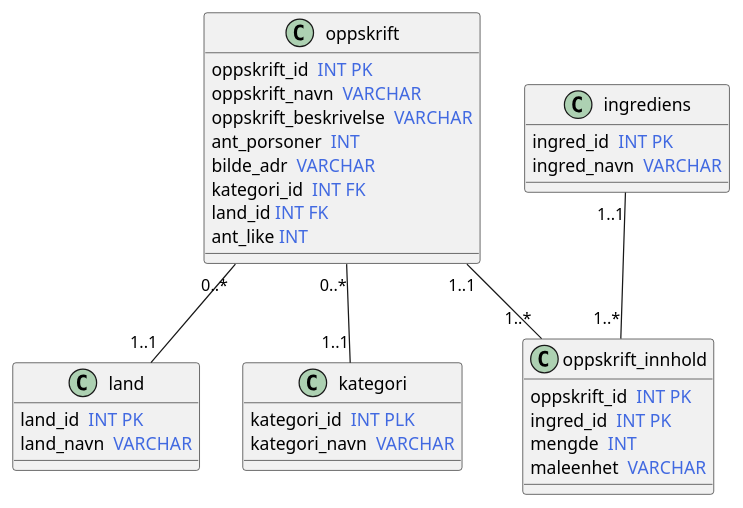
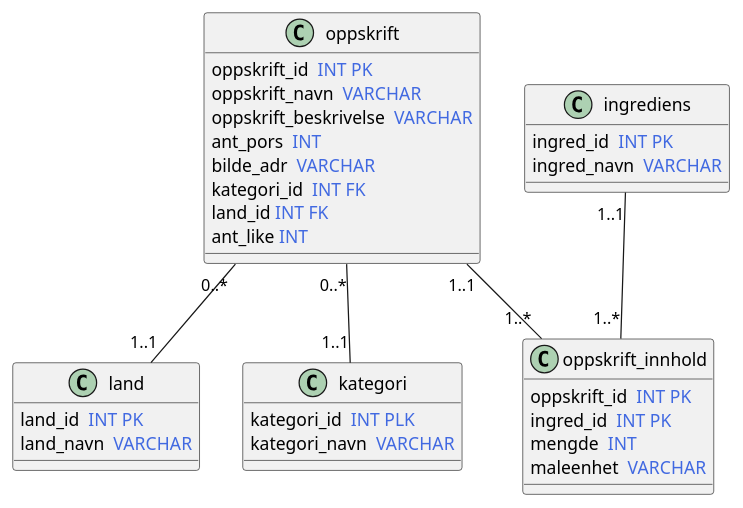
One commit to pettern11/matprat changed the diagram in databaseER.wsd. Above: the diagram before and after it, drawn with PlantUML. The commit also changed 14 other files, not shown here.

```diff
--- a/databaseER.wsd
+++ b/databaseER.wsd
@@ -1,41 +1,41 @@
 @startuml err
 
 Class oppskrift {
     oppskrift_id <color:royalBlue> INT PK 
     oppskrift_navn <color:royalBlue> VARCHAR
     oppskrift_beskrivelse <color:royalBlue> VARCHAR
-    ant_porsoner <color:royalBlue> INT
-    bilde_adr <color:royalBlue> VARCHAR
+    ant_pors <color:royalBlue> INT
+    bilde_adr <color:royalBlue> VARCHAR 
     kategori_id <color:royalBlue> INT FK
     land_id <color:royalBlue>INT FK
     ant_like <color:royalBlue>INT
 
 }
 
 Class ingrediens{
     ingred_id <color:royalBlue> INT PK
     ingred_navn <color:royalBlue> VARCHAR
 }
 Class land{
     land_id <color:royalBlue> INT PK
     land_navn <color:royalBlue> VARCHAR
 }
 
 Class kategori{
     kategori_id <color:royalBlue> INT PLK
     kategori_navn <color:royalBlue> VARCHAR
 }
 
 Class oppskrift_innhold{
     oppskrift_id <color:royalBlue> INT PK
     ingred_id <color:royalBlue> INT PK
     mengde <color:royalBlue> INT
     maleenhet <color:royalBlue> VARCHAR
 }
 
 oppskrift  "0..*" -- "1..1" land
 oppskrift  "0..*" -- "1..1" kategori
 oppskrift "1..1" -- "1..*" oppskrift_innhold
 ingrediens "1..1" -- "1..*" oppskrift_innhold
 
 @enduml
```
